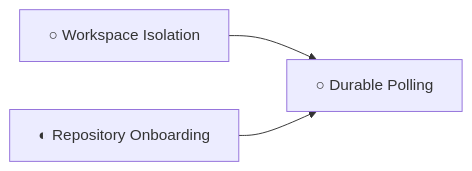
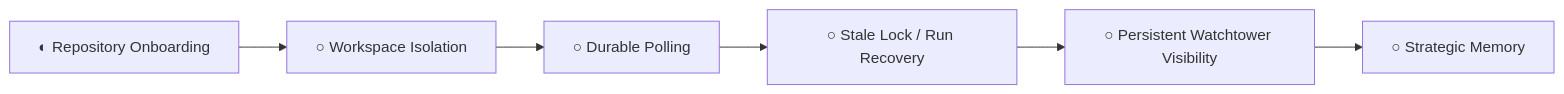
One commit to RedEagleSoftware/the-circus changed the third of 4 diagrams in docs/capability-tree.md. Above: the diagram before and after it, drawn with Mermaid. The commit also changed other lines of this file and 3 other files, not shown here.

Commit message:
Document issue 19 strategic roadmap update

````diff
--- a/docs/capability-tree.md
+++ b/docs/capability-tree.md
@@ -35,9 +41,15 @@
 ```mermaid
 flowchart LR
+    onboarding["◐ Repository Onboarding"]
     workspace["○ Workspace Isolation"]
     polling["○ Durable Polling"]
-    onboarding["◐ Repository Onboarding"]
+    recovery["○ Stale Lock / Run Recovery"]
+    visibility["○ Persistent Watchtower Visibility"]
+    memory["○ Strategic Memory"]
 
+    onboarding --> workspace
     workspace --> polling
-    onboarding --> polling
+    polling --> recovery
+    recovery --> visibility
+    visibility --> memory
 ```
````
